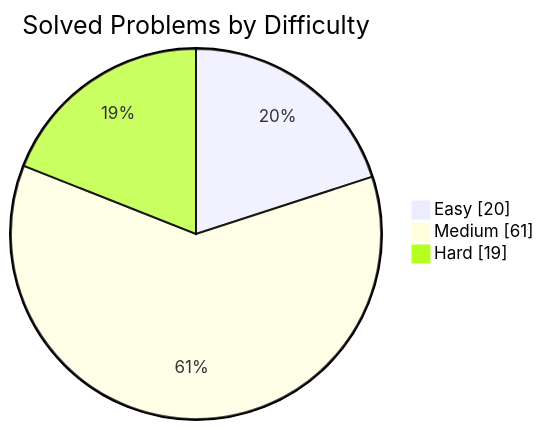
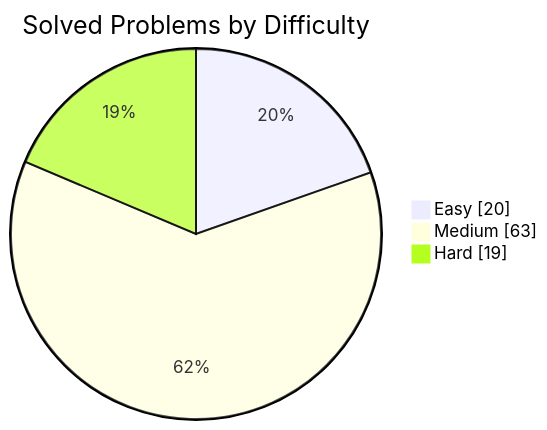
Before and after one commit to manikantbindass/DSA-Preparation-FAANG: the first of 2 diagrams in README.md, drawn with Mermaid. The commit also changed other lines of this file, not shown here.

````diff
--- a/README.md
+++ b/README.md
@@ -38,7 +38,7 @@
 ```mermaid
 pie showData
     title Solved Problems by Difficulty
     "Easy" : 20
-    "Medium" : 61
+    "Medium" : 63
     "Hard" : 19
 ```
````
